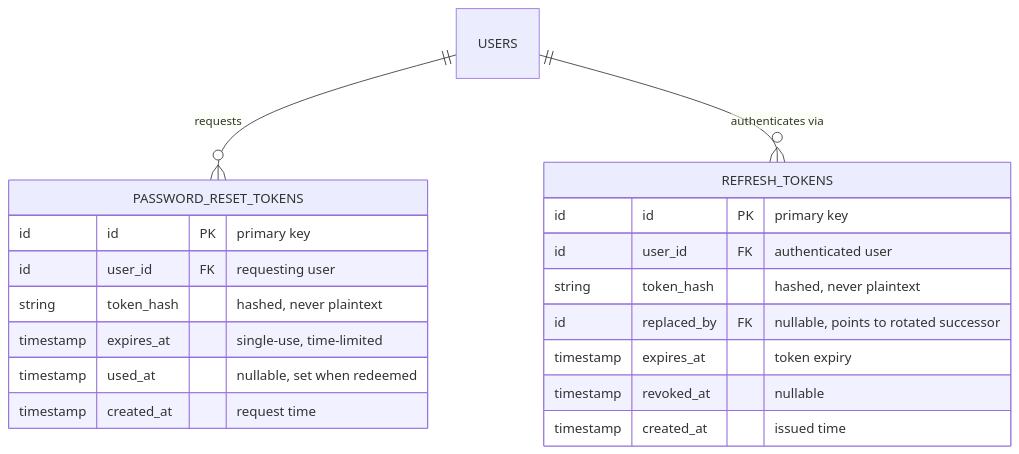
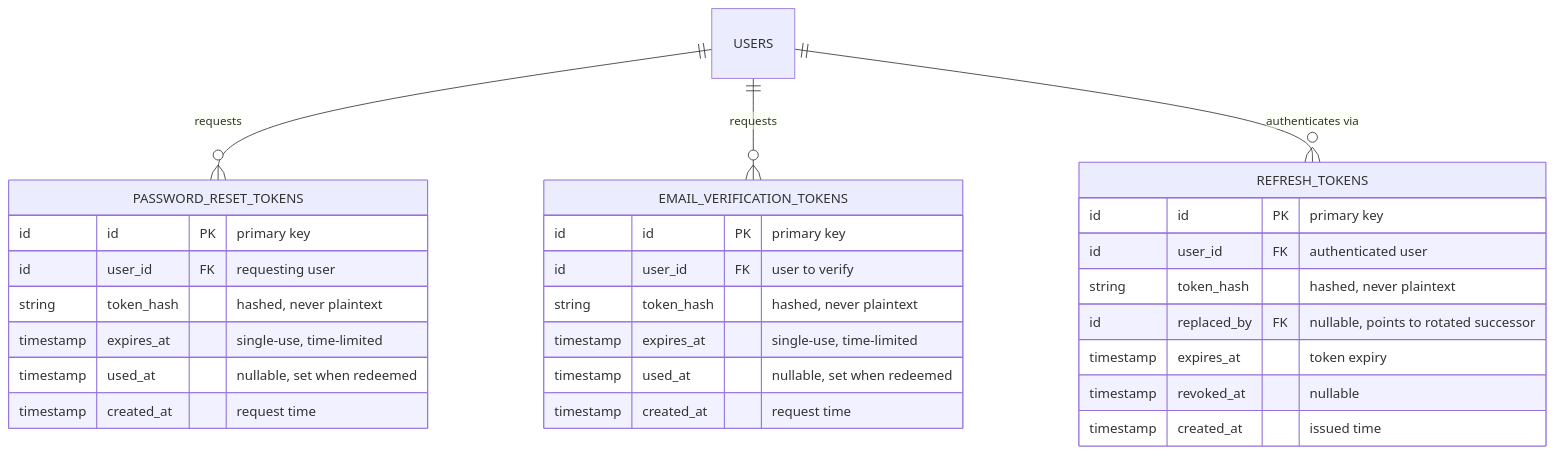
Before and after one commit to ahmedpi/Remediation-Engineer-Sample-Application: the fourth of 16 diagrams in DESIGN.md, drawn with Mermaid. The commit also changed other lines of this file and 2 other files, not shown here.

Commit message:
add email verification to design.md

````diff
--- a/DESIGN.md
+++ b/DESIGN.md
@@ -312,24 +324,34 @@
 ```mermaid
 erDiagram
     USERS ||--o{ PASSWORD_RESET_TOKENS : "requests"
+    USERS ||--o{ EMAIL_VERIFICATION_TOKENS : "requests"
     USERS ||--o{ REFRESH_TOKENS : "authenticates via"
 
     PASSWORD_RESET_TOKENS {
         id id PK "primary key"
         id user_id FK "requesting user"
+        string token_hash "hashed, never plaintext"
+        timestamp expires_at "single-use, time-limited"
+        timestamp used_at "nullable, set when redeemed"
+        timestamp created_at "request time"
+    }
+
+    EMAIL_VERIFICATION_TOKENS {
+        id id PK "primary key"
+        id user_id FK "user to verify"
         string token_hash "hashed, never plaintext"
         timestamp expires_at "single-use, time-limited"
         timestamp used_at "nullable, set when redeemed"
         timestamp created_at "request time"
     }
 
     REFRESH_TOKENS {
         id id PK "primary key"
         id user_id FK "authenticated user"
         string token_hash "hashed, never plaintext"
         id replaced_by FK "nullable, points to rotated successor"
         timestamp expires_at "token expiry"
         timestamp revoked_at "nullable"
         timestamp created_at "issued time"
     }
 ```
````
